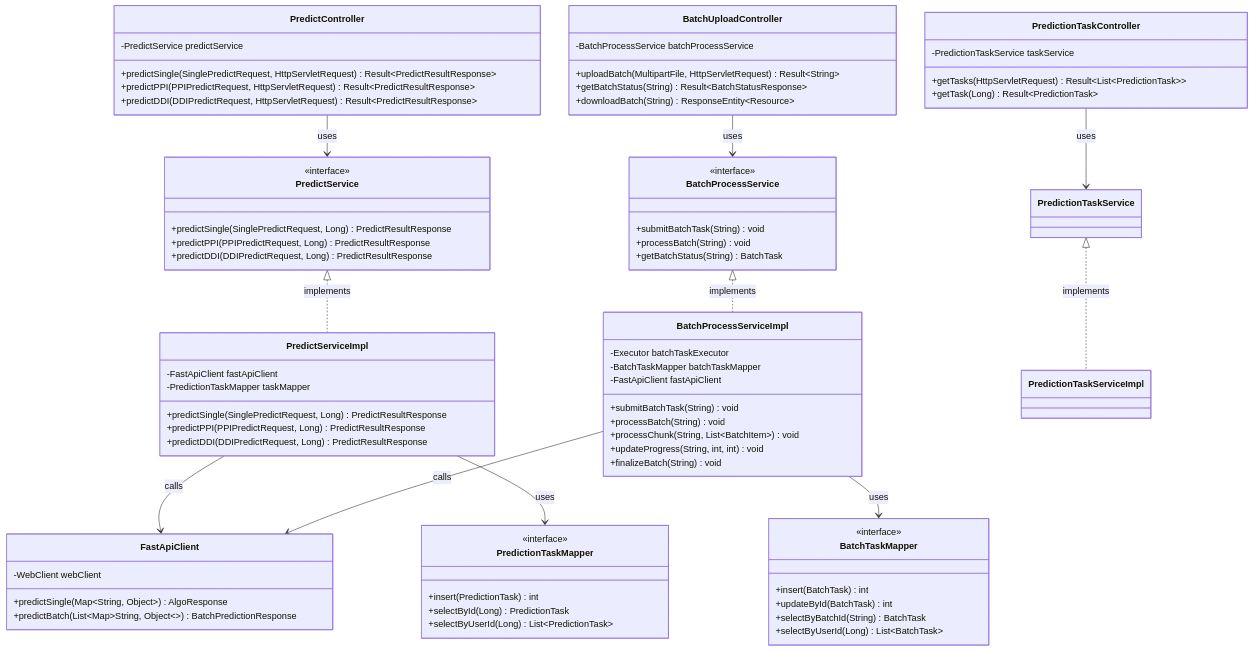
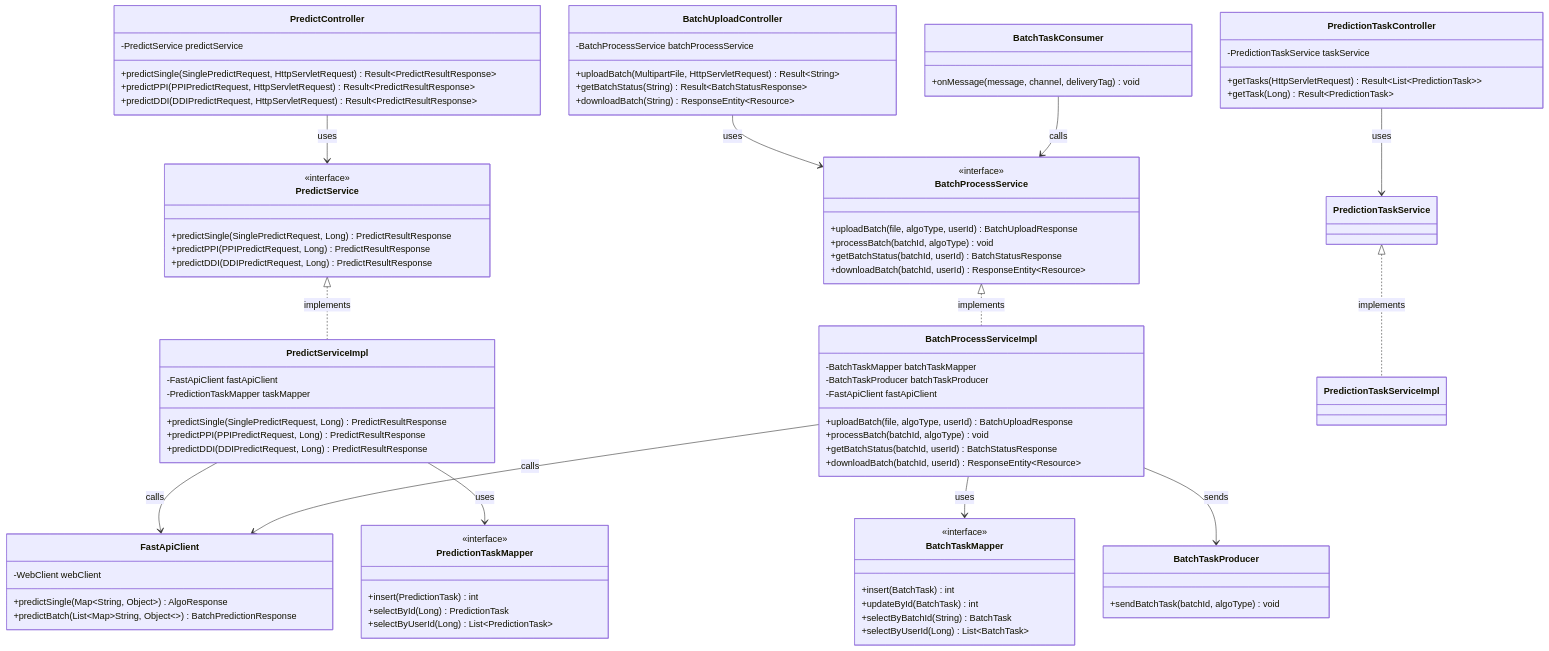
One commit to Ljz4777/SynPharm changed the first of 5 diagrams in docs/architecture/基于Springboot和FastAPI双后端框架的预测核心模块技术设计文档 .md. Above: the diagram before and after it, drawn with Mermaid. The commit also changed other lines of this file and 43 other files, not shown here.

````diff
--- a/docs/architecture/基于Springboot和FastAPI双后端框架的预测核心模块技术设计文档 .md
+++ b/docs/architecture/基于Springboot和FastAPI双后端框架的预测核心模块技术设计文档 .md
@@ -258,20 +258,28 @@
 
     class BatchProcessService {
         <<interface>>
-        +submitBatchTask(String) void
-        +processBatch(String) void
-        +getBatchStatus(String) BatchTask
+        +uploadBatch(file, algoType, userId) BatchUploadResponse
+        +processBatch(batchId, algoType) void
+        +getBatchStatus(batchId, userId) BatchStatusResponse
+        +downloadBatch(batchId, userId) ResponseEntity~Resource~
     }
 
     class BatchProcessServiceImpl {
-        -Executor batchTaskExecutor
         -BatchTaskMapper batchTaskMapper
+        -BatchTaskProducer batchTaskProducer
         -FastApiClient fastApiClient
-        +submitBatchTask(String) void
-        +processBatch(String) void
-        +processChunk(String, List~BatchItem~) void
-        +updateProgress(String, int, int) void
-        +finalizeBatch(String) void
+        +uploadBatch(file, algoType, userId) BatchUploadResponse
+        +processBatch(batchId, algoType) void
+        +getBatchStatus(batchId, userId) BatchStatusResponse
+        +downloadBatch(batchId, userId) ResponseEntity~Resource~
+    }
+
+    class BatchTaskProducer {
+        +sendBatchTask(batchId, algoType) void
+    }
+
+    class BatchTaskConsumer {
+        +onMessage(message, channel, deliveryTag) void
     }
 
     class FastApiClient {
@@ -305,4 +313,6 @@
     PredictServiceImpl --> PredictionTaskMapper : uses
     BatchProcessServiceImpl --> FastApiClient : calls
     BatchProcessServiceImpl --> BatchTaskMapper : uses
+    BatchProcessServiceImpl --> BatchTaskProducer : sends
+    BatchTaskConsumer --> BatchProcessService : calls
 ```
````
